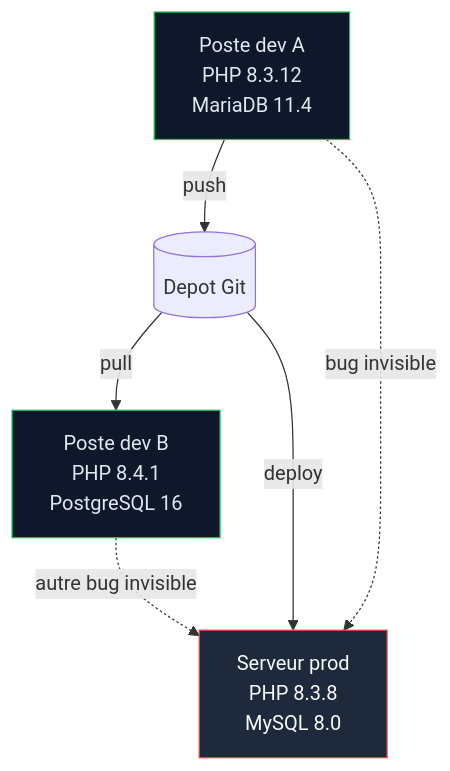
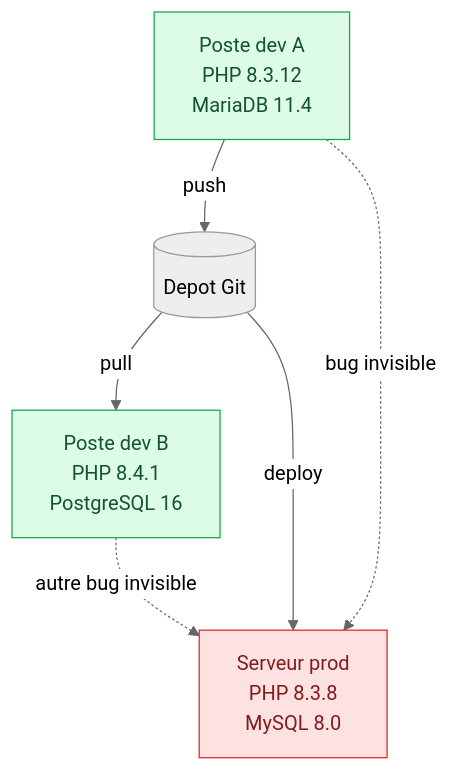
The third of 4 diagrams in docs/dev-cloud/frameworks/laravel/chapitre-00/04-laravel-sans-docker.md (zyrass/omnydocs), drawn with Mermaid before and after one commit. The commit also changed other lines of this file and 14 other files, not shown here.

````diff
--- a/docs/dev-cloud/frameworks/laravel/chapitre-00/04-laravel-sans-docker.md
+++ b/docs/dev-cloud/frameworks/laravel/chapitre-00/04-laravel-sans-docker.md
@@ -179,12 +181,13 @@
 ```mermaid
+%%{init: {'theme':'neutral'}}%%
 flowchart TB
     DEV1[Poste dev A<br/>PHP 8.3.12<br/>MariaDB 11.4] -->|push| REPO[(Depot Git)]
     REPO -->|pull| DEV2[Poste dev B<br/>PHP 8.4.1<br/>PostgreSQL 16]
     REPO -->|deploy| PROD[Serveur prod<br/>PHP 8.3.8<br/>MySQL 8.0]
     DEV1 -.->|bug invisible| PROD
     DEV2 -.->|autre bug invisible| PROD
 
-    style DEV1 fill:#0f172a,stroke:#22c55e,color:#e2e8f0
-    style DEV2 fill:#0f172a,stroke:#22c55e,color:#e2e8f0
-    style PROD fill:#1e293b,stroke:#ef4444,color:#f8fafc
+    style DEV1 fill:#dcfce7,stroke:#16a34a,color:#14532d
+    style DEV2 fill:#dcfce7,stroke:#16a34a,color:#14532d
+    style PROD fill:#fee2e2,stroke:#dc2626,color:#7f1d1d
 ```
````
